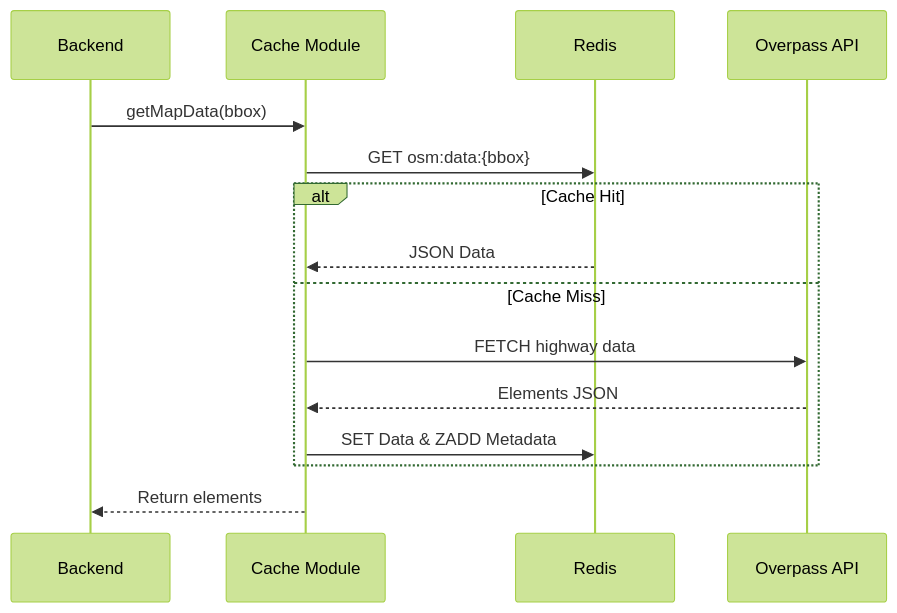
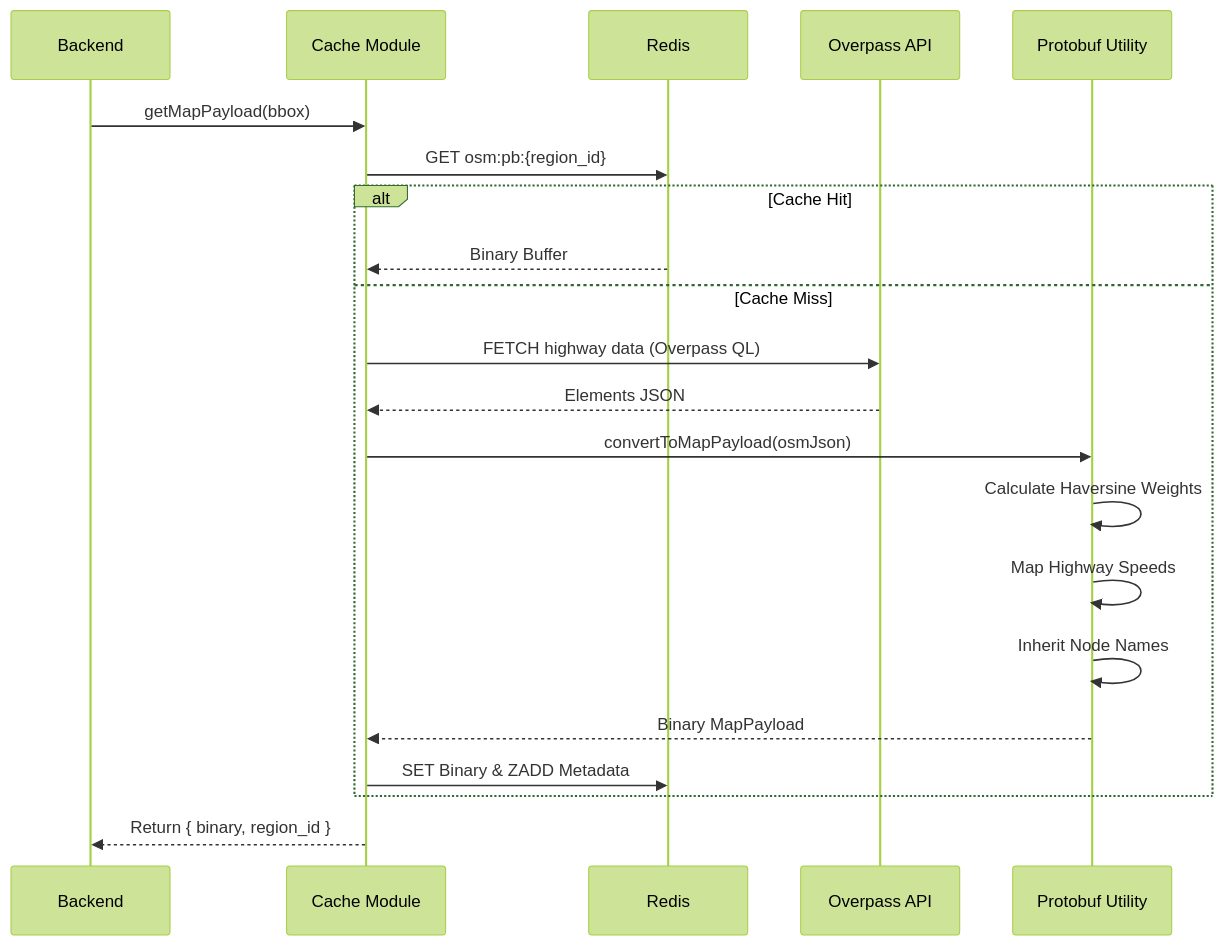
One commit to SaarthakBatra/AI-Route-Planning-system-for-Electric-Vehicles changed the second of 2 diagrams in modules/cache/README.md. Above: the diagram before and after it, drawn with Mermaid (forest theme). The commit also changed other lines of this file and 42 other files, not shown here.

Commit message:
Development Stage 4 Complete - Map Graph Persistence & Protobuf Implementation

````diff
--- a/modules/cache/README.md
+++ b/modules/cache/README.md
@@ -20,18 +20,24 @@
 ```mermaid
 sequenceDiagram
     participant B as Backend
     participant C as Cache Module
     participant R as Redis
     participant O as Overpass API
+    participant P as Protobuf Utility
 
-    B->>C: getMapData(bbox)
-    C->>R: GET osm:data:{bbox}
+    B->>C: getMapPayload(bbox)
+    C->>R: GET osm:pb:{region_id}
     alt Cache Hit
-        R-->>C: JSON Data
+        R-->>C: Binary Buffer
     else Cache Miss
-        C->>O: FETCH highway data
+        C->>O: FETCH highway data (Overpass QL)
         O-->>C: Elements JSON
-        C->>R: SET Data & ZADD Metadata
+        C->>P: convertToMapPayload(osmJson)
+        P->>P: Calculate Haversine Weights
+        P->>P: Map Highway Speeds
+        P->>P: Inherit Node Names
+        P-->>C: Binary MapPayload
+        C->>R: SET Binary & ZADD Metadata
     end
-    C-->>B: Return elements
+    C-->>B: Return { binary, region_id }
 ```
````
